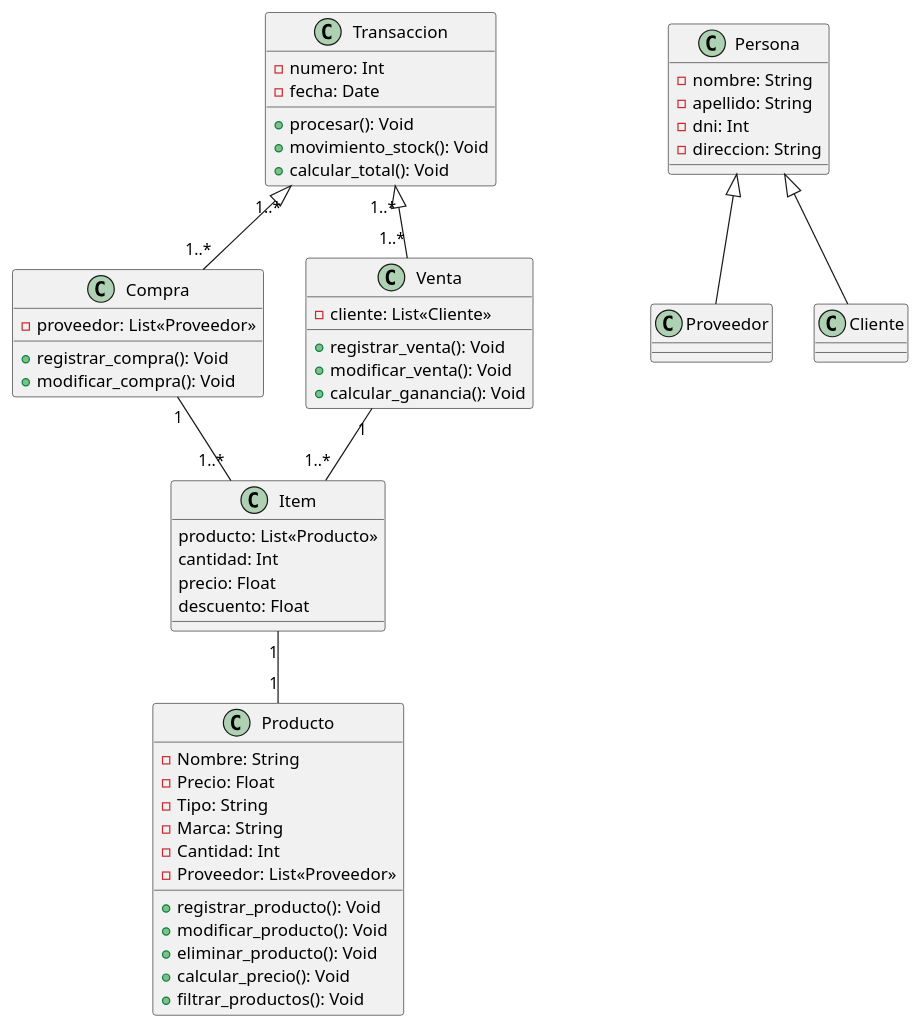
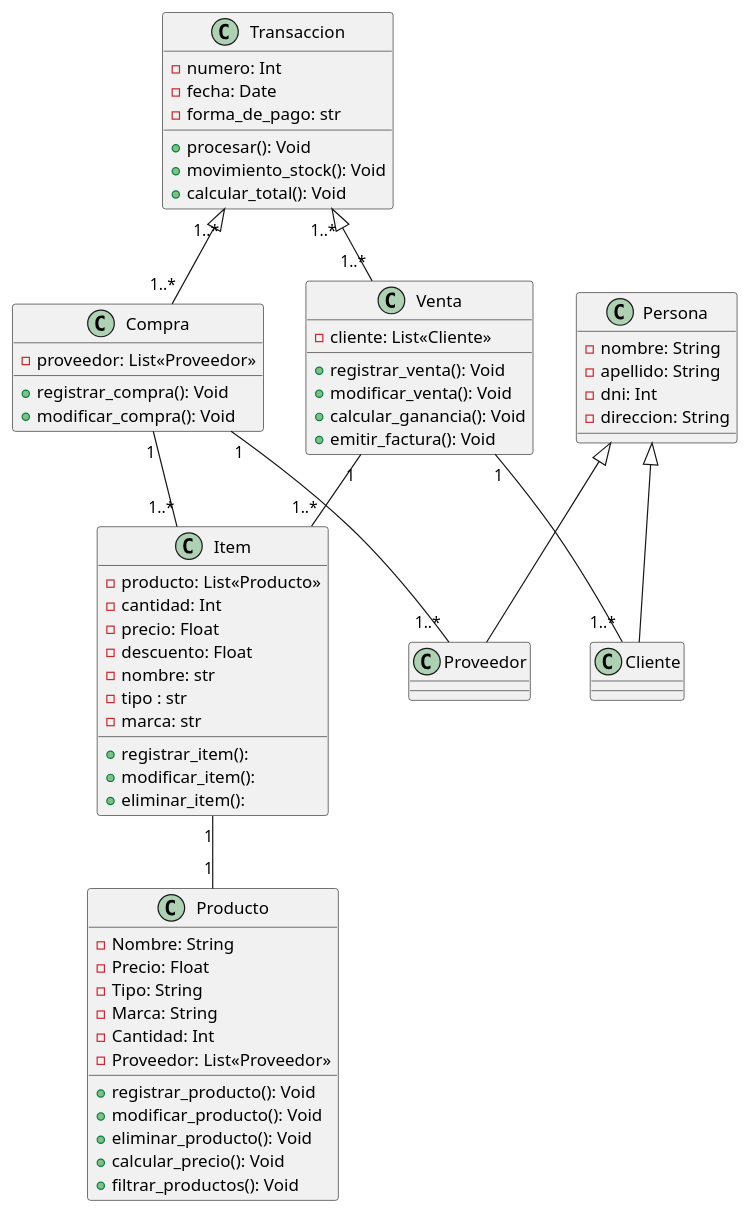
The diagram in 04-Diagrama_de_clases/01_Diagrama_Unificado_2025.puml (Luci1274/PPI_Proyecto_gomeria), drawn with PlantUML before and after one commit.

Commit message:
cambios_generales_en_el_diagrama

```diff
--- a/04-Diagrama_de_clases/01_Diagrama_Unificado_2025.puml
+++ b/04-Diagrama_de_clases/01_Diagrama_Unificado_2025.puml
@@ -1,87 +1,95 @@
 @startuml gomeria
 
     class Transaccion {
         - numero: Int
         - fecha: Date
+        - forma_de_pago: str
 
         + procesar(): Void 
         + movimiento_stock(): Void
         + calcular_total(): Void 
     }
 
     class Compra {
         - proveedor: List<<Proveedor>>
 
         + registrar_compra(): Void 
         + modificar_compra(): Void
-        
     }
 
     class Venta {
         - cliente: List<<Cliente>>
 
         + registrar_venta(): Void 
         + modificar_venta(): Void
         + calcular_ganancia(): Void 
+        + emitir_factura(): Void
     }
 
     class Item {
-        producto: List<<Producto>>
-        cantidad: Int
-        precio: Float
-        descuento: Float
+        - producto: List<<Producto>>
+        - cantidad: Int
+        - precio: Float
+        - descuento: Float
+        - nombre: str
+        - tipo : str
+        - marca: str
+
+        + registrar_item():
+        + modificar_item():
+        + eliminar_item():
     }
 
     class Persona {
         - nombre: String
         - apellido: String
         - dni: Int
         - direccion: String
     }
 
     class Proveedor {
     
         ' - lista_precios: Map<String, Float>
 
         ' + mostrar_lista_precios(): Void
     }
 
     class Cliente {
         
         ' - lista_precios: Map<String, Float>
 
         ' + mostrar_lista_precios(): Void
     }
 
     class Producto {
         - Nombre: String 
         - Precio: Float 
         - Tipo: String 
         - Marca: String 
         - Cantidad: Int 
         - Proveedor: List<<Proveedor>>
         
         + registrar_producto(): Void 
         + modificar_producto(): Void 
         + eliminar_producto(): Void
         + calcular_precio(): Void
         + filtrar_productos(): Void
     }
 
 
     Persona <|-- Proveedor
     Persona <|-- Cliente
 
     Transaccion "1..*" <|-- "1..*" Venta
     Transaccion "1..*" <|-- "1..*" Compra
+
     Compra "1" -- "1..*" Item
     Venta "1" -- "1..*" Item
 
-
-    ' Compra "1" -- "1..*" Proveedor
-    ' Venta "1" -- "1..*" Cliente
+    Compra "1" -- "1..*" Proveedor
+    Venta "1" -- "1..*" Cliente
 
     Item "1" -- "1" Producto
 
 
 @enduml
```
